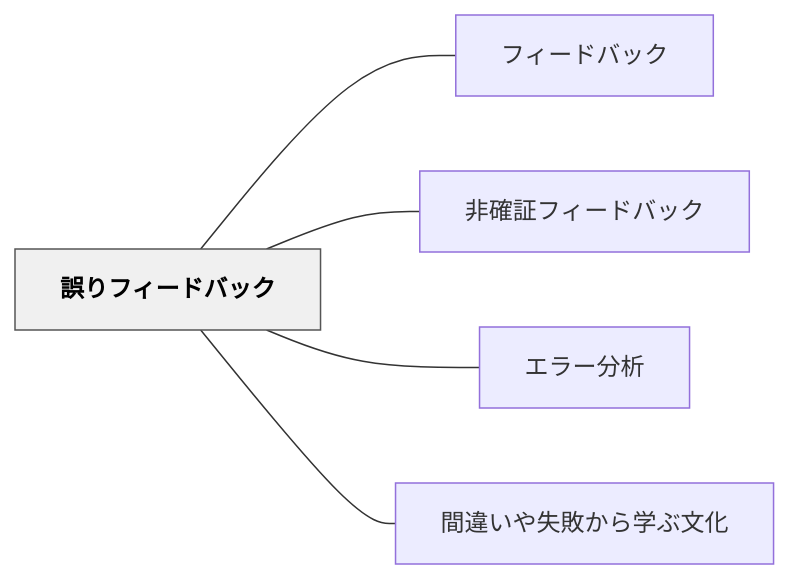
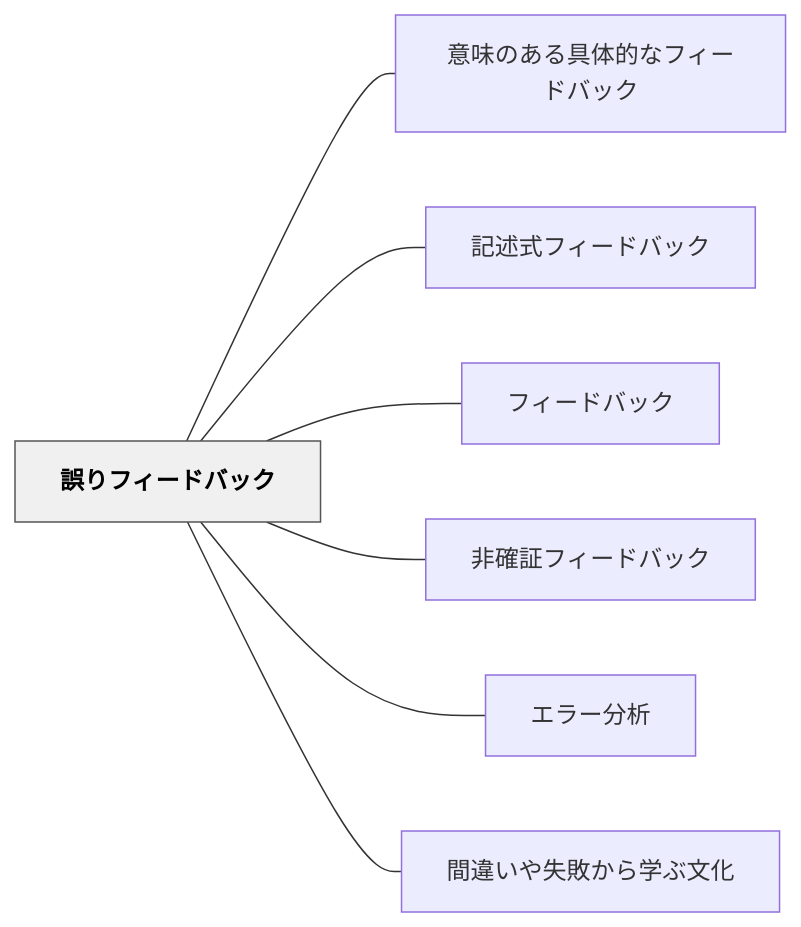
One commit to unknownthings-ed-patterns/unknownthings-ed-patterns changed the diagram in content/パタン/誤りフィードバック.md. Above: the diagram before and after it, drawn with Mermaid. The commit also changed other lines of this file and 473 other files, not shown here.

````diff
--- a/content/パタン/誤りフィードバック.md
+++ b/content/パタン/誤りフィードバック.md
@@ -56,16 +58,20 @@
 ```mermaid
 flowchart LR
     ne8aaa4e3828a["誤りフィードバック"]
+    ne6848fe591b3["意味のある具体的なフィードバック"]
+    ne8a898e8bfb0["記述式フィードバック"]
     ne38395e382a3["フィードバック"]
     ne99d9ee7a2ba["非確証フィードバック"]
     ne382a8e383a9["エラー分析"]
     ne99693e98195["間違いや失敗から学ぶ文化"]
 
+    ne8aaa4e3828a --- ne6848fe591b3
+    ne8aaa4e3828a --- ne8a898e8bfb0
     ne8aaa4e3828a --- ne38395e382a3
     ne8aaa4e3828a --- ne99d9ee7a2ba
     ne8aaa4e3828a --- ne382a8e383a9
     ne8aaa4e3828a --- ne99693e98195
 
     classDef hub fill:#f0f0f0,stroke:#555,color:#000,font-weight:bold
     class ne8aaa4e3828a hub
 ```
````
